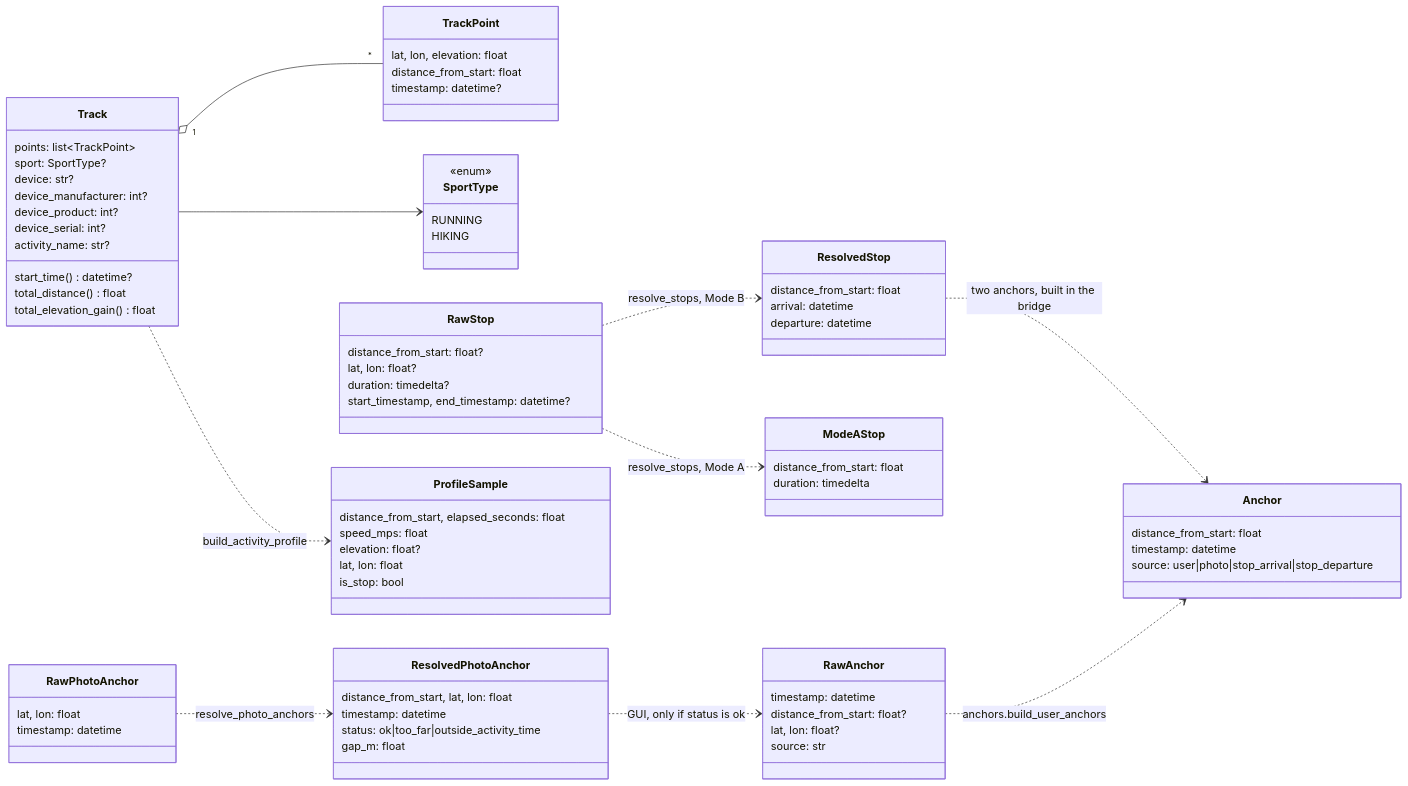
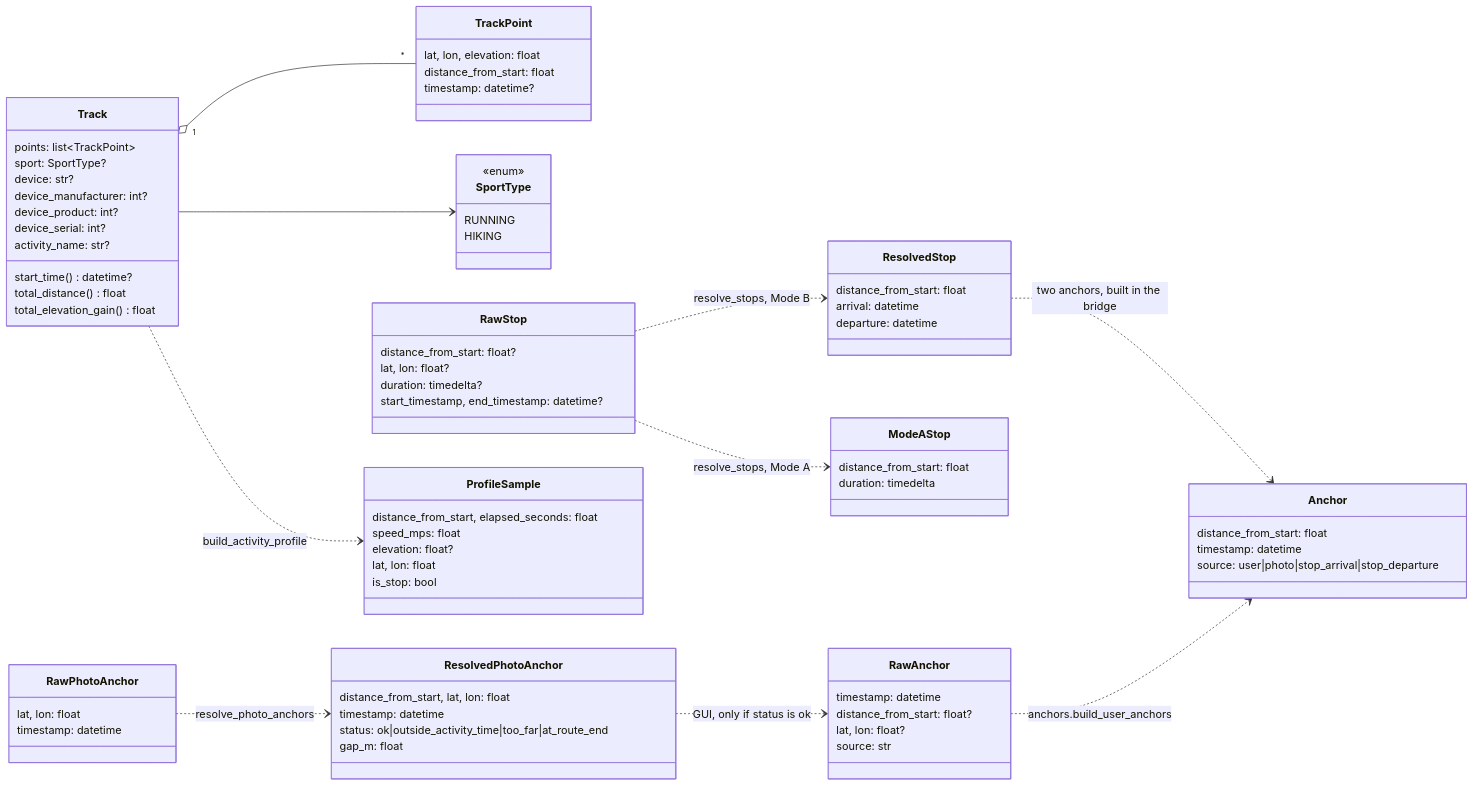
The second of 14 diagrams in docs/ARCHITECTURE.md (martin-iflap/GPX_to_FIT), drawn with Mermaid before and after one commit. The commit also changed other lines of this file and 28 other files, not shown here.

````diff
--- a/docs/ARCHITECTURE.md
+++ b/docs/ARCHITECTURE.md
@@ -129,79 +129,79 @@
 ```mermaid
 classDiagram
   direction LR
   class Track {
     points: list~TrackPoint~
     sport: SportType?
     device: str?
     device_manufacturer: int?
     device_product: int?
     device_serial: int?
     activity_name: str?
     start_time() datetime?
     total_distance() float
     total_elevation_gain() float
   }
   class TrackPoint {
     lat, lon, elevation: float
     distance_from_start: float
     timestamp: datetime?
   }
   class SportType {
     <<enum>>
     RUNNING
     HIKING
   }
   class Anchor {
     distance_from_start: float
     timestamp: datetime
     source: user|photo|stop_arrival|stop_departure
   }
   class RawAnchor {
     timestamp: datetime
     distance_from_start: float?
     lat, lon: float?
     source: str
   }
   class RawStop {
     distance_from_start: float?
     lat, lon: float?
     duration: timedelta?
     start_timestamp, end_timestamp: datetime?
   }
   class ResolvedStop {
     distance_from_start: float
     arrival: datetime
     departure: datetime
   }
   class ModeAStop {
     distance_from_start: float
     duration: timedelta
   }
   class RawPhotoAnchor {
     lat, lon: float
     timestamp: datetime
   }
   class ResolvedPhotoAnchor {
     distance_from_start, lat, lon: float
     timestamp: datetime
-    status: ok|too_far|outside_activity_time
+    status: ok|outside_activity_time|too_far|at_route_end
     gap_m: float
   }
   class ProfileSample {
     distance_from_start, elapsed_seconds: float
     speed_mps: float
     elevation: float?
     lat, lon: float
     is_stop: bool
   }
 
   Track "1" o-- "*" TrackPoint
   Track --> SportType
   RawAnchor ..> Anchor : anchors.build_user_anchors
   RawStop ..> ResolvedStop : resolve_stops, Mode B
   RawStop ..> ModeAStop : resolve_stops, Mode A
   ResolvedStop ..> Anchor : two anchors, built in the bridge
   RawPhotoAnchor ..> ResolvedPhotoAnchor : resolve_photo_anchors
   ResolvedPhotoAnchor ..> RawAnchor : GUI, only if status is ok
   Track ..> ProfileSample : build_activity_profile
 ```
````
